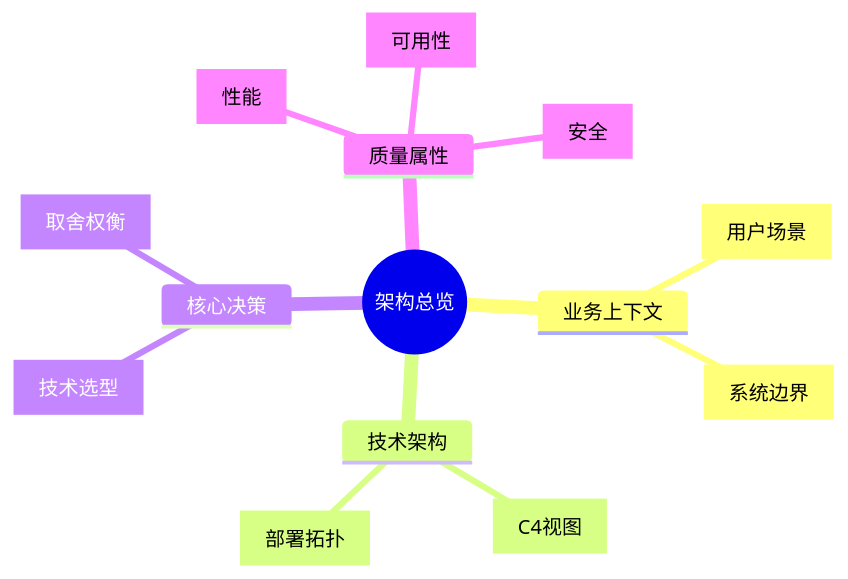
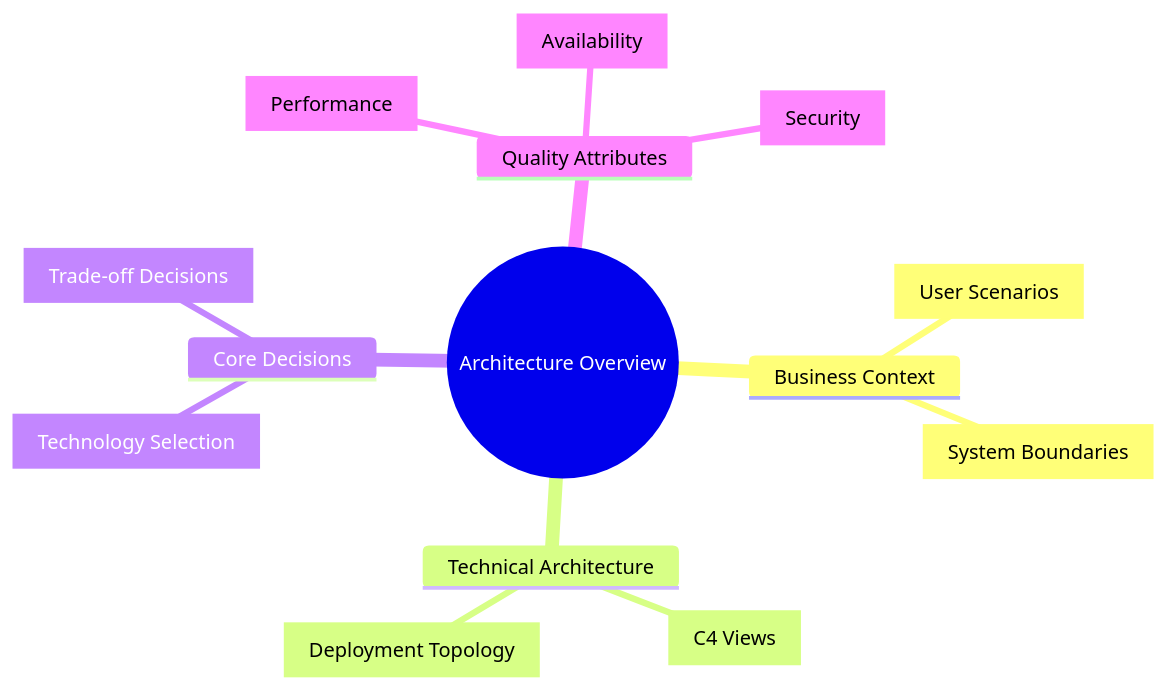
Before and after one commit to Kirky-X/cangjie: the first of 15 diagrams in templates/产品/技术层/【模板】架构设计文档.md, drawn with Mermaid. The commit also changed other lines of this file and 60 other files, not shown here.

````diff
--- a/templates/产品/技术层/【模板】架构设计文档.md
+++ b/templates/产品/技术层/【模板】架构设计文档.md
@@ -68,17 +68,17 @@
 ```mermaid
 mindmap
-  root((架构总览))
-    业务上下文
-      [用户场景]
-      [系统边界]
-    技术架构
-      [C4视图]
-      [部署拓扑]
-    核心决策
-      [技术选型]
-      [取舍权衡]
-    质量属性
-      [性能]
-      [可用性]
-      [安全]
+  root((Architecture Overview))
+    Business Context
+      [User Scenarios]
+      [System Boundaries]
+    Technical Architecture
+      [C4 Views]
+      [Deployment Topology]
+    Core Decisions
+      [Technology Selection]
+      [Trade-off Decisions]
+    Quality Attributes
+      [Performance]
+      [Availability]
+      [Security]
 ```
````
